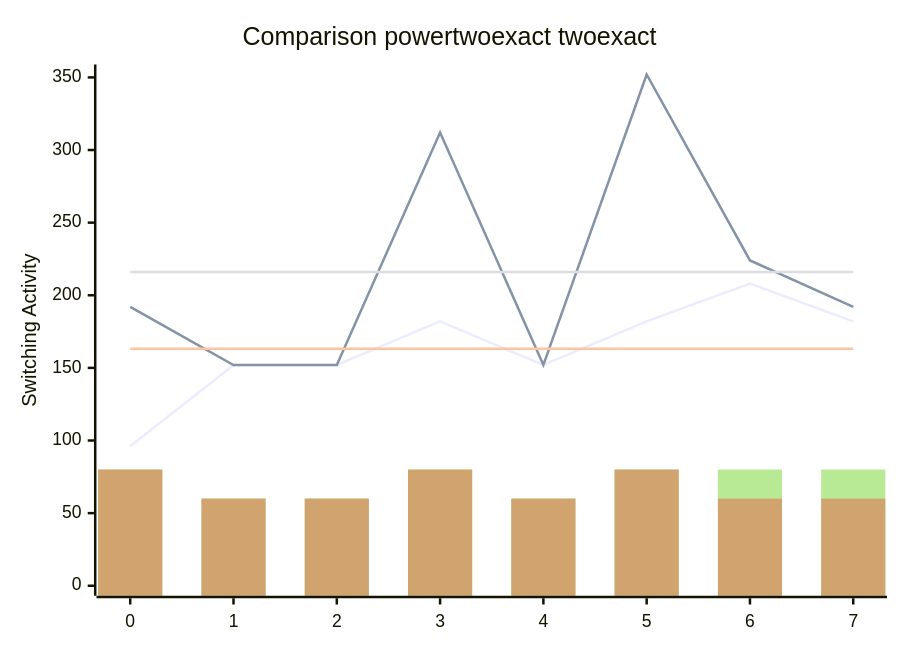
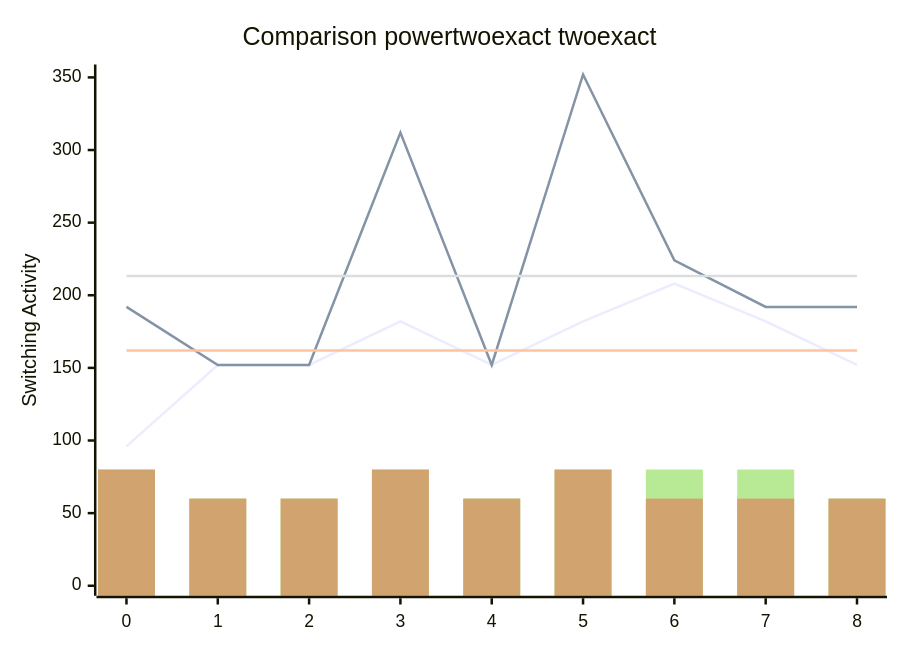
One commit to FeldmeierMichael/Exact-Power-Synthesis changed the diagram in benchmark.md. Above: the diagram before and after it, drawn with Mermaid. The commit also changed other lines of this file and 2 other files, not shown here.

````diff
--- a/benchmark.md
+++ b/benchmark.md
@@ -17,12 +19,12 @@
 ```mermaid
 xychart-beta
     title "Comparison powertwoexact twoexact"
-    x-axis [0, 1, 2, 3, 4, 5, 6, 7]
+    x-axis [0, 1, 2, 3, 4, 5, 6, 7, 8]
     y-axis "Switching Activity" 0-->352
-    line [96, 152, 152, 182, 152, 182, 208, 182]
-    line [192, 152, 152, 312, 152, 352, 224, 192]
-    line [163.25, 163.25, 163.25, 163.25, 163.25, 163.25, 163.25, 163.25]
-    line [216.0, 216.0, 216.0, 216.0, 216.0, 216.0, 216.0, 216.0]
-    bar [80, 60, 60, 80, 60, 80, 80, 80]
-    bar [80, 60, 60, 80, 60, 80, 60, 60]
+    line [96, 152, 152, 182, 152, 182, 208, 182, 152]
+    line [192, 152, 152, 312, 152, 352, 224, 192, 192]
+    line [162.0, 162.0, 162.0, 162.0, 162.0, 162.0, 162.0, 162.0, 162.0]
+    line [213.33333333333334, 213.33333333333334, 213.33333333333334, 213.33333333333334, 213.33333333333334, 213.33333333333334, 213.33333333333334, 213.33333333333334, 213.33333333333334]
+    bar [80, 60, 60, 80, 60, 80, 80, 80, 60]
+    bar [80, 60, 60, 80, 60, 80, 60, 60, 60]
 ```
````
